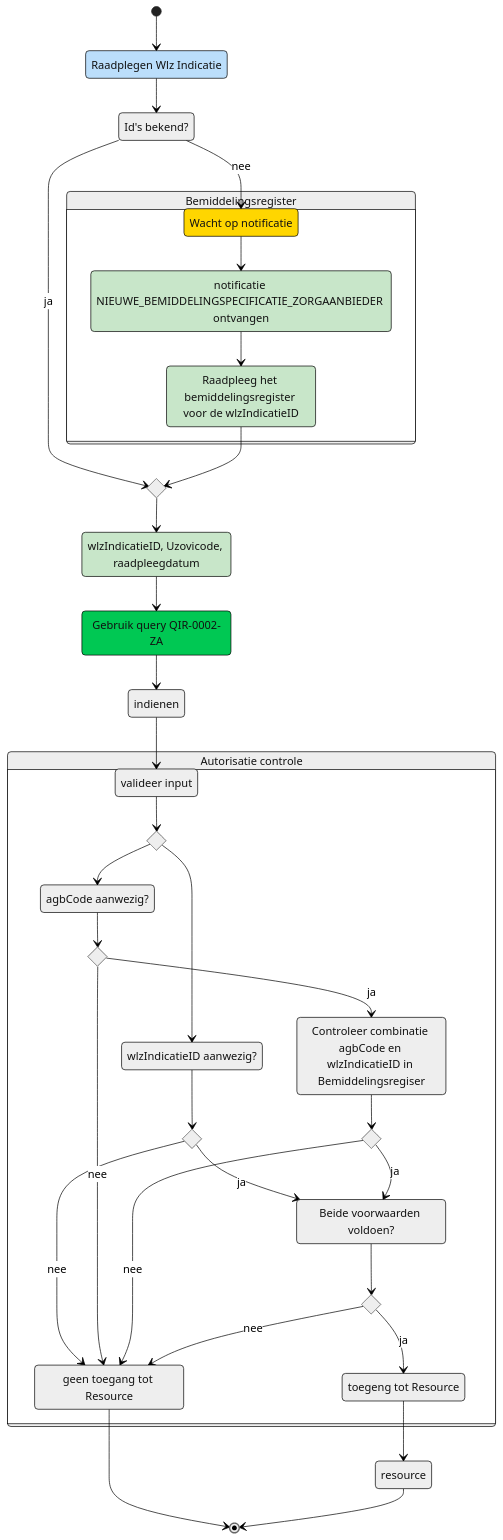
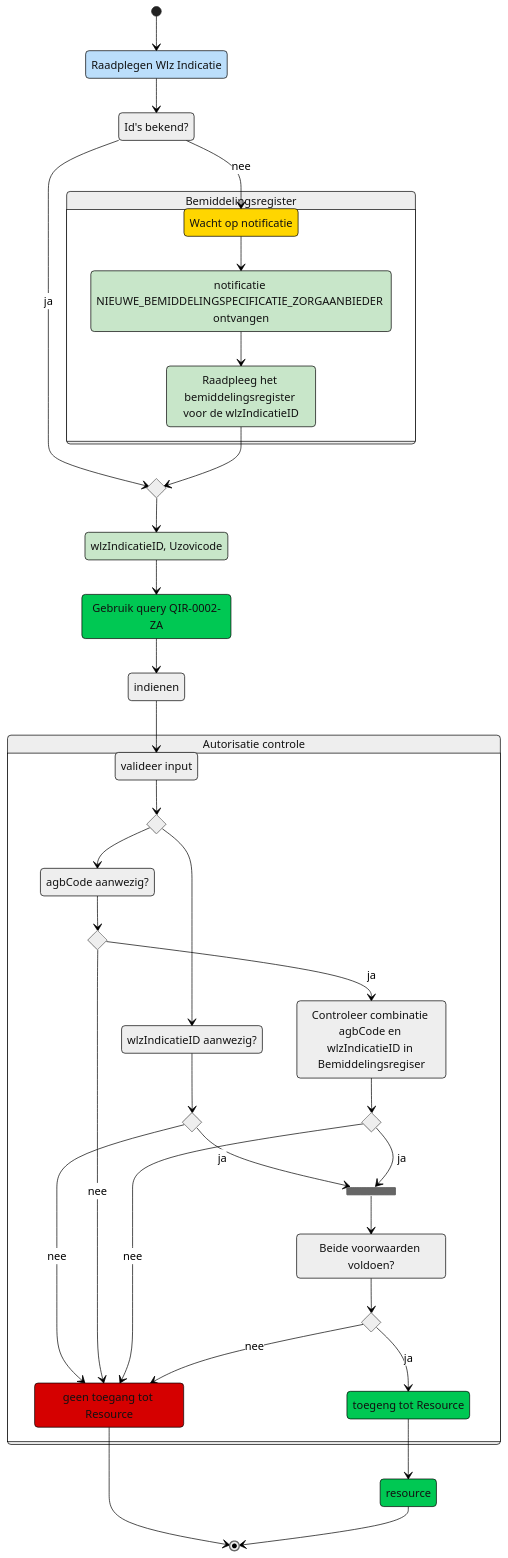
The diagram in gql-query/zorgaanbieder/Autorisatieflows.md (iStandaarden/iWlz-indicatie), drawn with Mermaid before and after one commit. The commit also changed other lines of this file and 1 other file, not shown here.

Commit message:
update autorisatieflow

````diff
--- a/gql-query/zorgaanbieder/Autorisatieflows.md
+++ b/gql-query/zorgaanbieder/Autorisatieflows.md
@@ -9,73 +9,86 @@
   look: classic
 ---
 stateDiagram
-    [*] --> raadplegen
-    state idAvailable <<choice>>
-    
-    raadplegen --> idAvailable
-    idAvailable --> notifyWait: nee
-    state register {
-      notifyWait --> notifyReceive
-      notifyReceive --> haalData
-    }
-    state chooseQuery <<choice>>
-    idAvailable --> chooseQuery: ja
-    haalData --> chooseQuery
-    chooseQuery --> inputQuery
-    inputQuery --> Query
-    Query --> indienen
-    indienen --> valideren
-    state nID {
-      state check <<choice>>
-      state check01 <<choice>>
-      state check02 <<choice>>
-      valideren --> check
-      check --> checkInput01
-      check --> checkInput02
-      checkInput01 --> check01
-      checkInput02 --> check02
-      check01 --> error: nee
-      check01 --> valid: ja
-      check02 --> error: nee
-      check02 --> valideer2: ja
-      
-      state check11 <<choice>>
-      valideer2 --> check11
-      check11 --> error: nee
-      check11 --> valid: ja
-      state check21 <<choice>>
-      valid --> check21
-      check21 --> error: nee
-      check21 --> access: ja
-      
-    }
-error --> [*]
-    access --> resource
-    resource --> [*]
+  direction TB
+  state chooseQuery <<choice>>
+  state register {
+    direction TB
+    notifyWait --> notifyReceive
+    notifyReceive --> haalData
+    notifyWait
+    notifyReceive
+    haalData
+  }
+  state nID {
+    direction TB
+    state check <<choice>>
+    valideren --> check
+    check --> checkInput01
+    check --> checkInput02
+    state check01 <<choice>>
+    checkInput01 --> check01
+    state check02 <<choice>>
+    checkInput02 --> check02
+    check01 --> error:nee
+    state join_valid <<join>>
+    check01 --> join_valid:ja
+    check02 --> error:nee
+    check02 --> valideer2:ja
+    state check11 <<choice>>
+    valideer2 --> check11
+    check11 --> error:nee
+    check11 --> join_valid:ja
+    join_valid --> valid
+    state check21 <<choice>>
+    valid --> check21
+    check21 --> error:nee
+    check21 --> access:ja
+    check
+    valideren
+    checkInput01
+    checkInput02
+    check01
+    check02
+    error
+    join_valid
+    valideer2
+    check11
+    valid
+    check21
+    access
+  }
+  [*] --> raadplegen
+  raadplegen --> idAvailable
+  idAvailable --> notifyWait:nee
+  idAvailable --> chooseQuery:ja
+  haalData --> chooseQuery
+  chooseQuery --> inputQuery
+  inputQuery --> Query
+  Query --> indienen
+  indienen --> valideren
+  error --> [*]
+  access --> resource
+  resource --> [*]
+  register:Bemiddelingsregister
+  notifyWait:Wacht op notificatie
+  notifyReceive:notificatie NIEUWE_BEMIDDELINGSPECIFICATIE_ZORGAANBIEDER ontvangen
+  haalData:Raadpleeg het bemiddelingsregister voor de wlzIndicatieID
+  nID:Autorisatie controle
+  valideren:valideer input
+  checkInput01:wlzIndicatieID aanwezig?
+  checkInput02:agbCode aanwezig?
+  error:geen toegang tot Resource
+  valideer2:Controleer combinatie agbCode en wlzIndicatieID in Bemiddelingsregiser
+  valid:Beide voorwaarden voldoen?
+  access:toegeng tot Resource
+  raadplegen:Raadplegen Wlz Indicatie
+  idAvailable:Id's bekend?
+  inputQuery:wlzIndicatieID, Uzovicode
+  Query:Gebruik query QIR-0002-ZA
+  style notifyWait fill:#FFD600
+  style notifyReceive,haalData,inputQuery fill:#C8E6C9
+  style error fill:#D50000
+  style access,Query,resource fill:#00C853
+  style raadplegen fill:#BBDEFB,color:none
 
-  
-
-    raadplegen: Raadplegen Wlz Indicatie
-    register: Bemiddelingsregister
-    idAvailable: Id's bekend?
-    notifyWait: Wacht op notificatie
-    notifyReceive: notificatie NIEUWE_BEMIDDELINGSPECIFICATIE_ZORGAANBIEDER ontvangen
-    haalData: Raadpleeg het bemiddelingsregister voor de wlzIndicatieID
-    inputQuery: wlzIndicatieID, Uzovicode, raadpleegdatum 
-    Query: Gebruik query QIR-0002-ZA
-    nID: Autorisatie controle
-    valideren: valideer input
-    checkInput01: wlzIndicatieID aanwezig?
-    checkInput02: agbCode aanwezig?
-    valideer2: Controleer combinatie agbCode en wlzIndicatieID in Bemiddelingsregiser
-    error: geen toegang tot Resource
-    valid: Beide voorwaarden voldoen?
-    access: toegeng tot Resource
-
-
-
-  style notifyWait fill:#FFD600
-  style raadplegen fill:#BBDEFB,color:none
-  style notifyReceive,haalData,inputQuery fill:#C8E6C9
-  style Query fill:#00C853
 ```
````
